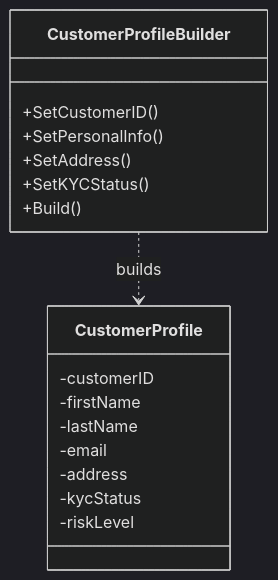
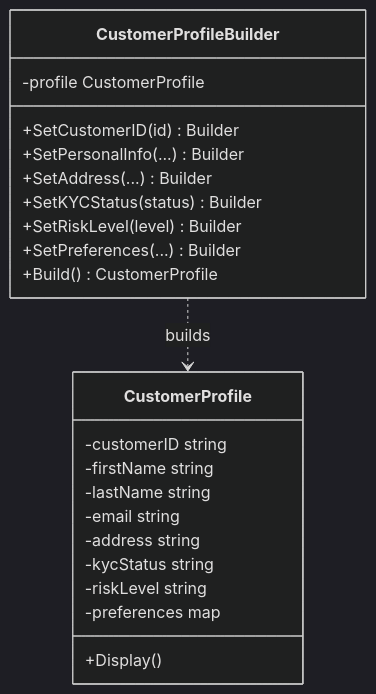
The first of 2 diagrams in creational/builder/README.md (JoshuaPangaribuan/design-pattern-go), drawn with Mermaid (dark theme) before and after one commit. The commit also changed other lines of this file and 23 other files, not shown here.

Commit message:
feat: add more diagrams

````diff
--- a/creational/builder/README.md
+++ b/creational/builder/README.md
@@ -25,21 +27,26 @@
 ```mermaid
 classDiagram
     class CustomerProfile {
-        -customerID
-        -firstName
-        -lastName
-        -email
-        -address
-        -kycStatus
-        -riskLevel
+        -customerID string
+        -firstName string
+        -lastName string
+        -email string
+        -address string
+        -kycStatus string
+        -riskLevel string
+        -preferences map
+        +Display()
     }
     class CustomerProfileBuilder {
-        +SetCustomerID()
-        +SetPersonalInfo()
-        +SetAddress()
-        +SetKYCStatus()
-        +Build()
+        -profile CustomerProfile
+        +SetCustomerID(id) Builder
+        +SetPersonalInfo(...) Builder
+        +SetAddress(...) Builder
+        +SetKYCStatus(status) Builder
+        +SetRiskLevel(level) Builder
+        +SetPreferences(...) Builder
+        +Build() CustomerProfile
     }
     
     CustomerProfileBuilder ..> CustomerProfile : builds
 ```
````
